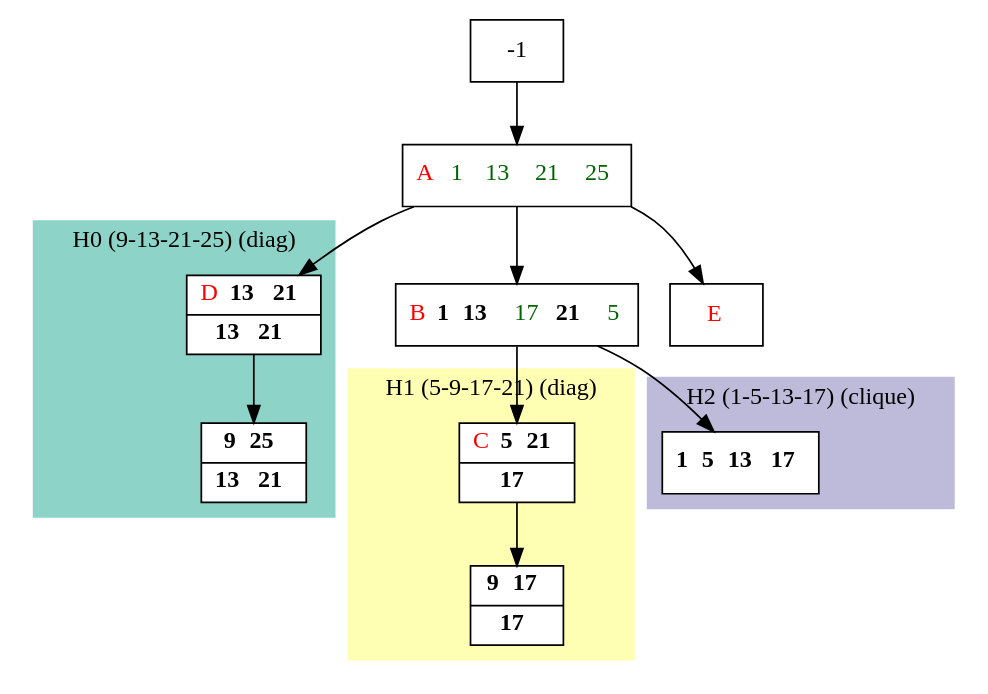
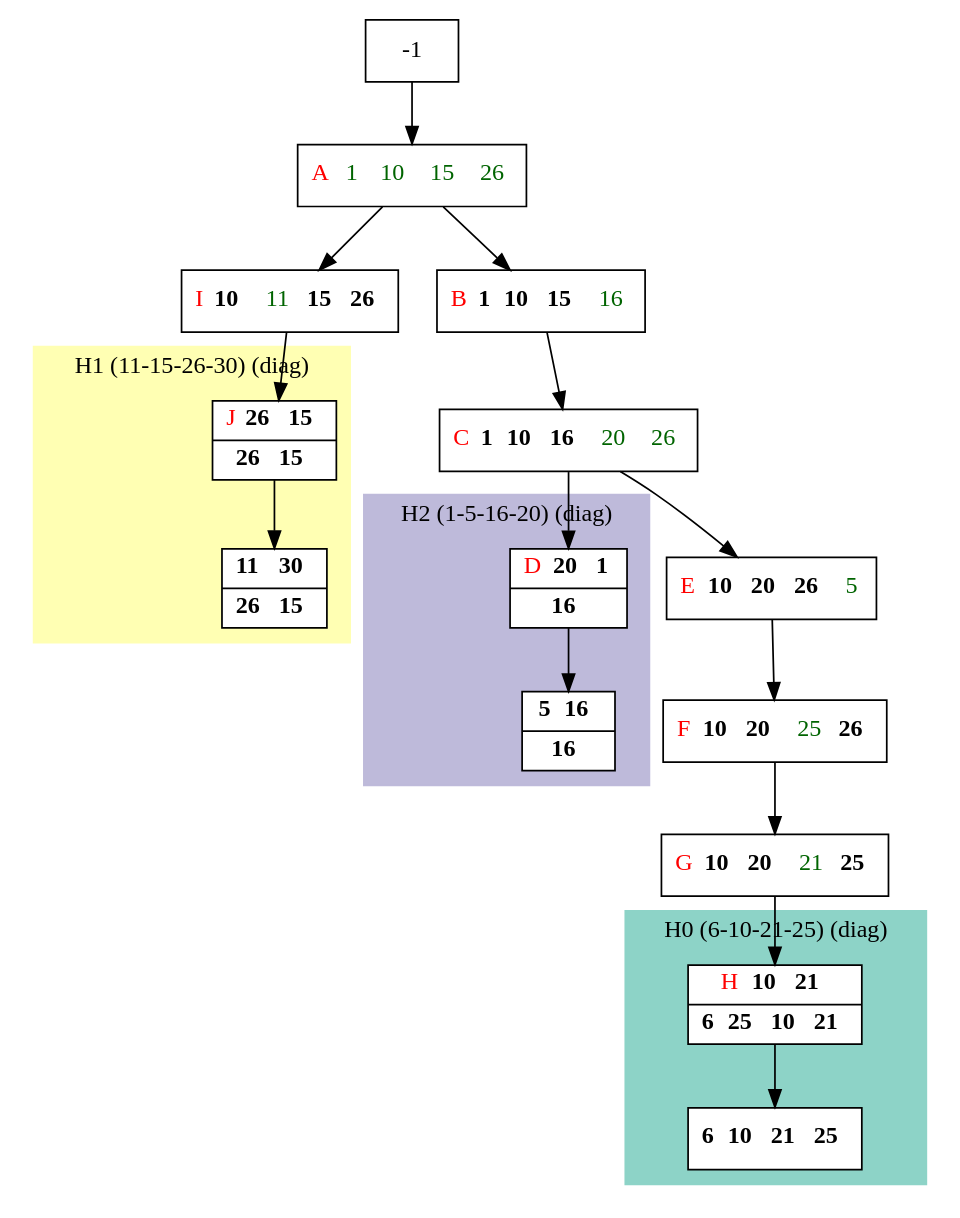
One commit to bmarchand/auto-dp changed the diagram in results/compact_dot_files/compact_L.dot. Above: the diagram before and after it, drawn with Graphviz. The commit also changed 84 other files, not shown here.

```diff
--- a/results/compact_dot_files/compact_L.dot
+++ b/results/compact_dot_files/compact_L.dot
@@ -1,41 +1,50 @@
 digraph G {
     node [shape=box];
     subgraph cluster0 {
         node [style=filled,fillcolor=white];
         labeljust="l";
         style=filled;
         color="#8DD3C7";
         H0_0 -> H0_5;
-        label="H0 (9-13-21-25) (diag)";
+        label="H0 (6-10-21-25) (diag)";
     }
     subgraph cluster1 {
         node [style=filled,fillcolor=white];
         labeljust="l";
         style=filled;
         color="#FFFFB3";
         H1_0 -> H1_5;
-        label="H1 (5-9-17-21) (diag)";
+        label="H1 (11-15-26-30) (diag)";
     }
     subgraph cluster2 {
         node [style=filled,fillcolor=white];
         labeljust="l";
         style=filled;
         color="#BEBADA";
-        H2_0;
-        label="H2 (1-5-13-17) (clique)";
+        H2_0 -> H2_5;
+        label="H2 (1-5-16-20) (diag)";
     }
-     14 [shape=record,label= <{  <FONT COLOR="RED">A</FONT>  <FONT COLOR="DARKGREEN">1</FONT>  <FONT COLOR="DARKGREEN">13</FONT>  <FONT COLOR="DARKGREEN">21</FONT>  <FONT COLOR="DARKGREEN">25</FONT>}> ];
-     -1  ->  14;
-     1 [shape=record,label= <{  <FONT COLOR="RED">B</FONT> <b>1</b> <b>13</b>  <FONT COLOR="DARKGREEN">17</FONT> <b>21</b>  <FONT COLOR="DARKGREEN">5</FONT>}> ];
-     14  ->  1;
-     H2_0 [shape=record,label= <{ <b>1</b> <b>5</b> <b>13</b> <b>17</b>}> ];
+     19 [shape=record,label= <{  <FONT COLOR="RED">A</FONT>  <FONT COLOR="DARKGREEN">1</FONT>  <FONT COLOR="DARKGREEN">10</FONT>  <FONT COLOR="DARKGREEN">15</FONT>  <FONT COLOR="DARKGREEN">26</FONT>}> ];
+     -1  ->  19;
+     17 [shape=record,label= <{  <FONT COLOR="RED">B</FONT> <b>1</b> <b>10</b> <b>15</b>  <FONT COLOR="DARKGREEN">16</FONT>}> ];
+     19  ->  17;
+     1 [shape=record,label= <{  <FONT COLOR="RED">C</FONT> <b>1</b> <b>10</b> <b>16</b>  <FONT COLOR="DARKGREEN">20</FONT>  <FONT COLOR="DARKGREEN">26</FONT>}> ];
+     17  ->  1;
+     H2_0 [shape=record,label= <{  <FONT COLOR="RED">D</FONT> <b>20</b> <b>1</b>|  <b>16</b>}> ];
      1  ->  H2_0;
-     H1_0 [shape=record,label= <{  <FONT COLOR="RED">C</FONT> <b>5</b> <b>21</b>|  <b>17</b>}> ];
-     1  ->  H1_0;
-     H1_5 [shape=record,label= <{ <b>9</b> <b>17</b>|  <b>17</b>}> ];
-     H0_0 [shape=record,label= <{  <FONT COLOR="RED">D</FONT> <b>13</b> <b>21</b>|  <b>13</b> <b>21</b>}> ];
-     14  ->  H0_0;
-     H0_5 [shape=record,label= <{ <b>9</b> <b>25</b>|  <b>13</b> <b>21</b>}> ];
-     _1 [shape=record,label= <{  <FONT COLOR="RED">E</FONT>}> ];
-     14  ->  _1;
+     H2_5 [shape=record,label= <{ <b>5</b> <b>16</b>|  <b>16</b>}> ];
+     8 [shape=record,label= <{  <FONT COLOR="RED">E</FONT> <b>10</b> <b>20</b> <b>26</b>  <FONT COLOR="DARKGREEN">5</FONT>}> ];
+     1  ->  8;
+     9 [shape=record,label= <{  <FONT COLOR="RED">F</FONT> <b>10</b> <b>20</b>  <FONT COLOR="DARKGREEN">25</FONT> <b>26</b>}> ];
+     8  ->  9;
+     10 [shape=record,label= <{  <FONT COLOR="RED">G</FONT> <b>10</b> <b>20</b>  <FONT COLOR="DARKGREEN">21</FONT> <b>25</b>}> ];
+     9  ->  10;
+     H0_0 [shape=record,label= <{  <FONT COLOR="RED">H</FONT> <b>10</b> <b>21</b>|  <b>6</b> <b>25</b> <b>10</b> <b>21</b>}> ];
+     10  ->  H0_0;
+     H0_5 [shape=record,label= <{ <b>6</b> <b>10</b> <b>21</b> <b>25</b>}> ];
+     20 [shape=record,label= <{  <FONT COLOR="RED">I</FONT> <b>10</b>  <FONT COLOR="DARKGREEN">11</FONT> <b>15</b> <b>26</b>}> ];
+     19  ->  20;
+     H1_0 [shape=record,label= <{  <FONT COLOR="RED">J</FONT> <b>26</b> <b>15</b>|  <b>26</b> <b>15</b>}> ];
+     20  ->  H1_0;
+     H1_5 [shape=record,label= <{ <b>11</b> <b>30</b>|  <b>26</b> <b>15</b>}> ];
 }
```
